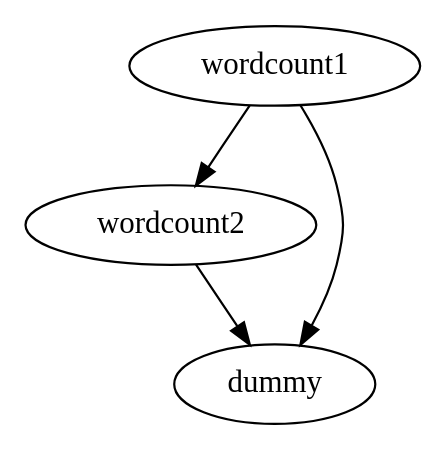
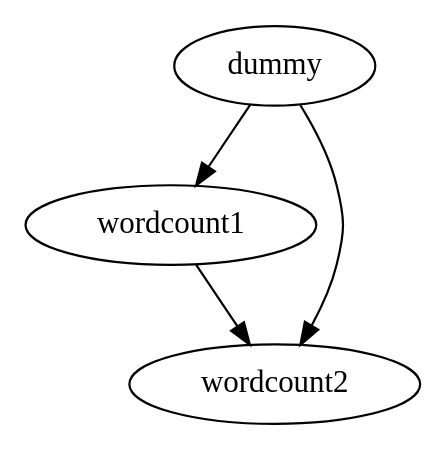
One commit to crackcell/hpipe changed the diagram in dag/test.dot. Above: the diagram before and after it, drawn with Graphviz. The commit also changed 2 other files, not shown here.

```diff
--- a/dag/test.dot
+++ b/dag/test.dot
@@ -1,16 +1,17 @@
 digraph wordcount {
     wordcount1 [
                 name="wordcount1"
                 type="hadoop_streaming"
+                bizdate="${yyyymmdd-1}"
                 ]
     wordcount2 [
                 name="wordcount2"
                 type="hadoop_streaming"
                 ]
     dummy [
            name="dummy"
            type="dummy"
            ]
-    wordcount1 -> wordcount2 -> dummy
-    wordcount1 -> dummy
+    dummy -> wordcount1 -> wordcount2
+    dummy -> wordcount2
 }
```
